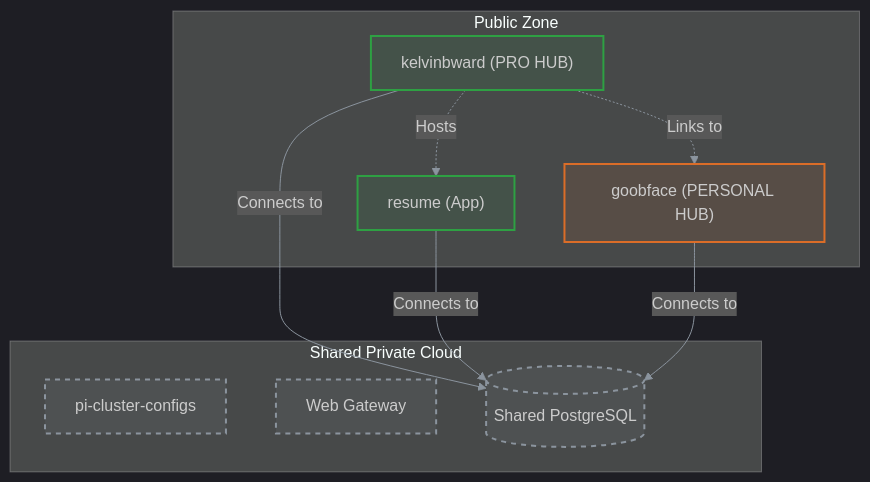
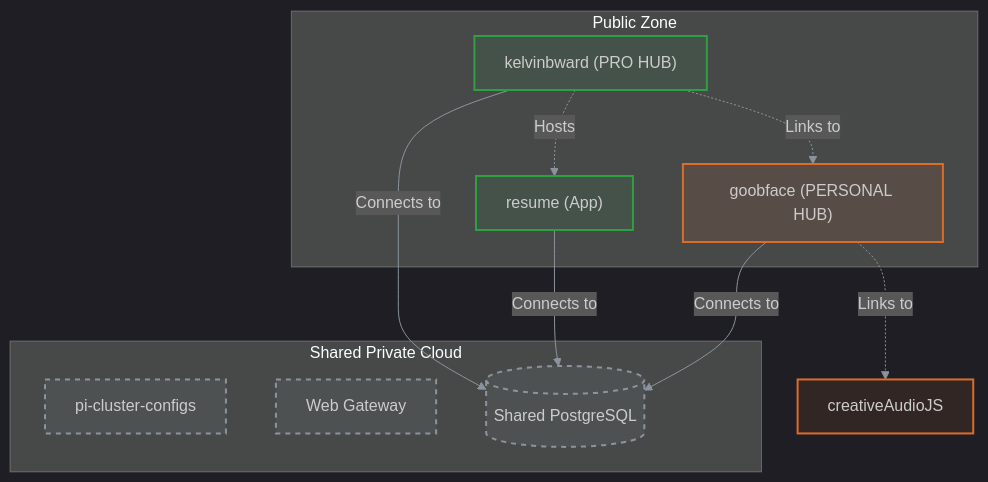
One commit to kelvinbward/kelvinbward changed the diagram in README.md. Above: the diagram before and after it, drawn with Mermaid. The commit also changed other lines of this file, not shown here.

Commit message:
docs: add creativeAudioJS to repository map

````diff
--- a/README.md
+++ b/README.md
@@ -19,32 +19,33 @@
 ```mermaid
 %%{init: {'theme': 'dark', 'themeVariables': { 'lineColor': '#8b949e' }}}%%
 graph TD
     subgraph Public["Public Zone"]
         KBW["kelvinbward (PRO HUB)"]
         GOOB["goobface (PERSONAL HUB)"]
         RES["resume (App)"]
     end
     
     subgraph Infrastructure["Shared Private Cloud"]
         PCC[pi-cluster-configs]
         WG["Web Gateway"]
         DB[(Shared PostgreSQL)]
     end
 
     %% Network Connections
     KBW -->|Connects to| DB
     RES -->|Connects to| DB
     GOOB -->|Connects to| DB
     
     %% Relationships
     KBW -.->|Hosts| RES
     KBW -.->|Links to| GOOB
+    GOOB -.->|Links to| CAJS["creativeAudioJS"]
     
     classDef pro stroke:#2ea043,stroke-width:2px,fill:#2ea0431a;
     classDef creative stroke:#db6d28,stroke-width:2px,fill:#db6d281a;
     classDef infra stroke:#8b949e,stroke-width:2px,fill:#8b949e1a,stroke-dasharray: 5 5;
 
     class KBW,RES pro;
-    class GOOB creative;
+    class GOOB,CAJS creative;
     class PCC,WG,DB infra;
 ```
````
